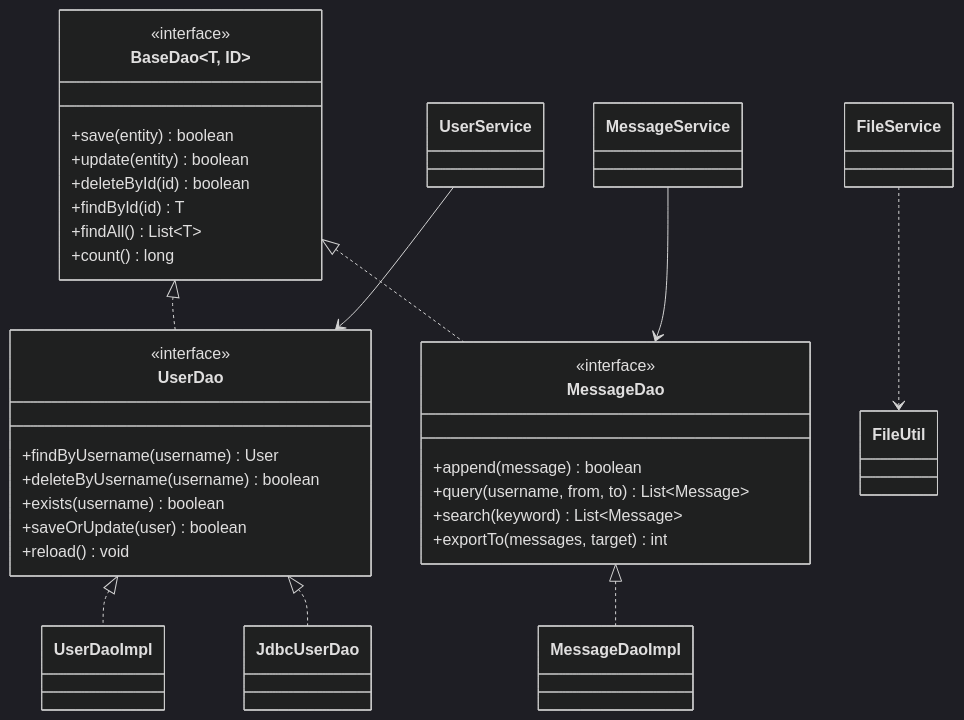
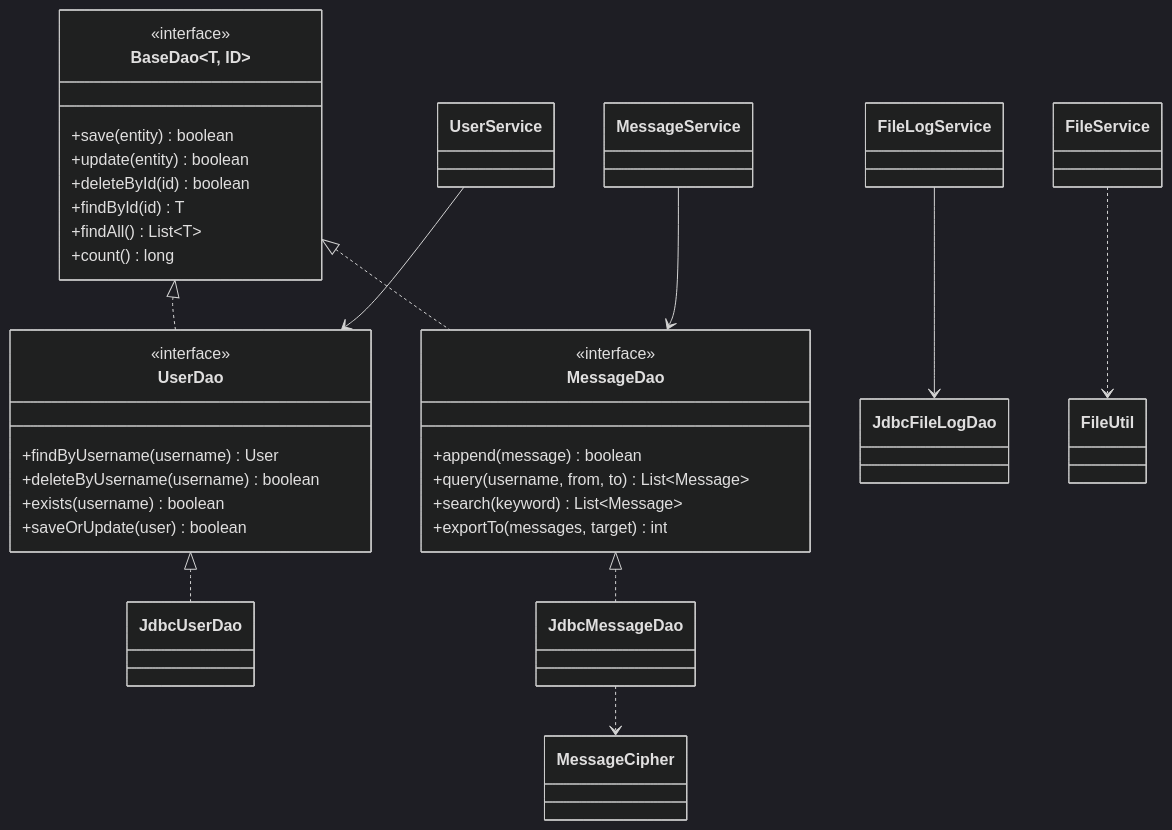
The sixth of 12 diagrams in docs/report/课程设计报告.md (FeiTwnd/lanchat), drawn with Mermaid (dark theme) before and after one commit. The commit also changed other lines of this file and 9 other files, not shown here.

````diff
--- a/docs/report/课程设计报告.md
+++ b/docs/report/课程设计报告.md
@@ -488,42 +492,43 @@
 ```mermaid
 classDiagram
     class BaseDao~T, ID~ {
         <<interface>>
         +save(entity) boolean
         +update(entity) boolean
         +deleteById(id) boolean
         +findById(id) T
         +findAll() List~T~
         +count() long
     }
     class UserDao {
         <<interface>>
         +findByUsername(username) User
         +deleteByUsername(username) boolean
         +exists(username) boolean
         +saveOrUpdate(user) boolean
-        +reload() void
     }
     class MessageDao {
         <<interface>>
         +append(message) boolean
         +query(username, from, to) List~Message~
         +search(keyword) List~Message~
         +exportTo(messages, target) int
     }
-    class UserDaoImpl
     class JdbcUserDao
-    class MessageDaoImpl
+    class JdbcMessageDao
+    class JdbcFileLogDao
     class UserService
     class MessageService
     class FileService
+    class FileLogService
 
     BaseDao <|.. UserDao
     BaseDao <|.. MessageDao
-    UserDao <|.. UserDaoImpl
     UserDao <|.. JdbcUserDao
-    MessageDao <|.. MessageDaoImpl
+    MessageDao <|.. JdbcMessageDao
     UserService --> UserDao
     MessageService --> MessageDao
+    FileLogService --> JdbcFileLogDao
     FileService ..> FileUtil
+    JdbcMessageDao ..> MessageCipher
 ```
````
